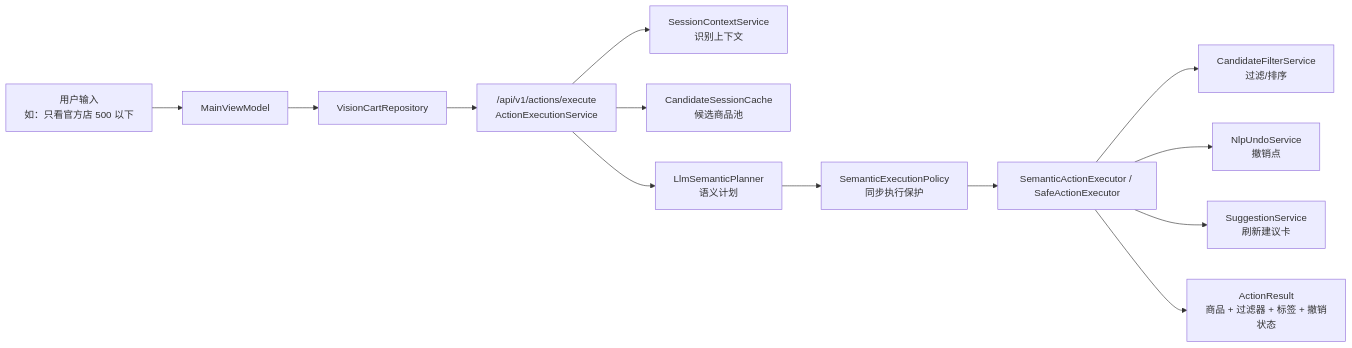
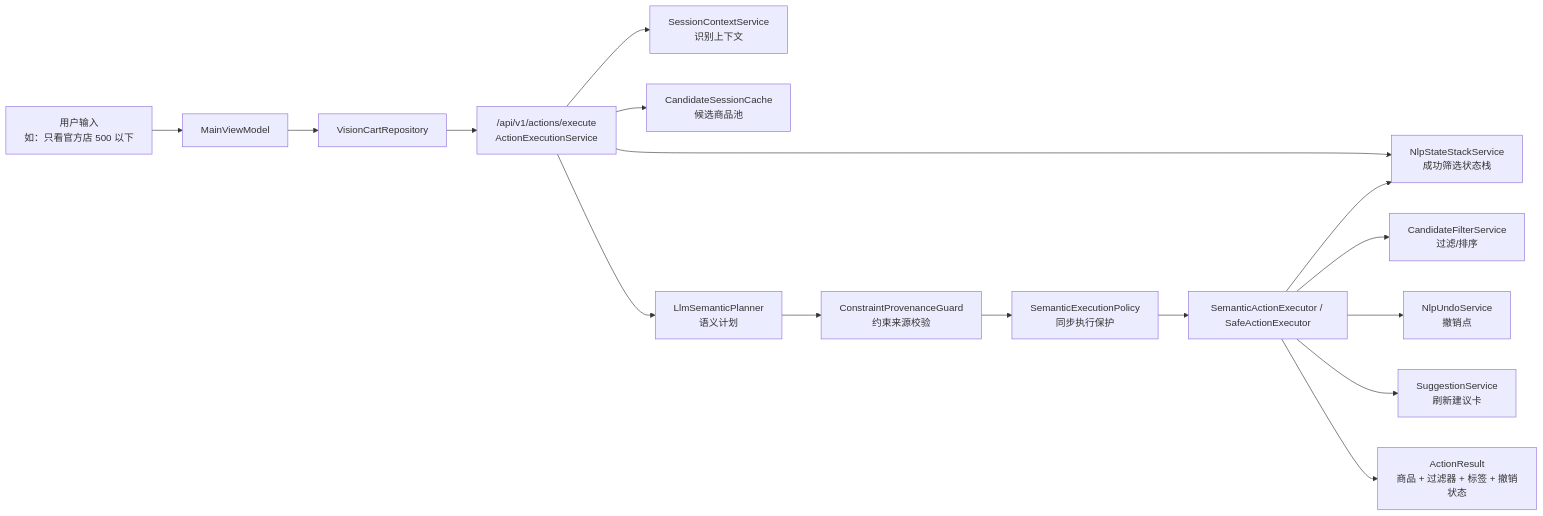
Before and after one commit to buwenjiayou/VisionCart: the seventh of 12 diagrams in docs/architecture-design.md, drawn with Mermaid. The commit also changed other lines of this file and 69 other files, not shown here.

````diff
--- a/docs/architecture-design.md
+++ b/docs/architecture-design.md
@@ -252,16 +271,19 @@
 ```mermaid
 flowchart LR
     Input["用户输入<br/>如：只看官方店 500 以下"] --> VM["MainViewModel"]
     VM --> Repo["VisionCartRepository"]
     Repo --> Action["/api/v1/actions/execute<br/>ActionExecutionService"]
 
     Action --> Context["SessionContextService<br/>识别上下文"]
     Action --> Pool["CandidateSessionCache<br/>候选商品池"]
+    Action --> State["NlpStateStackService<br/>成功筛选状态栈"]
     Action --> Planner["LlmSemanticPlanner<br/>语义计划"]
-    Planner --> Policy["SemanticExecutionPolicy<br/>同步执行保护"]
+    Planner --> Provenance["ConstraintProvenanceGuard<br/>约束来源校验"]
+    Provenance --> Policy["SemanticExecutionPolicy<br/>同步执行保护"]
     Policy --> Executor["SemanticActionExecutor / SafeActionExecutor"]
     Executor --> Filter["CandidateFilterService<br/>过滤/排序"]
     Executor --> Undo["NlpUndoService<br/>撤销点"]
+    Executor --> State
     Executor --> Suggest["SuggestionService<br/>刷新建议卡"]
     Executor --> Result["ActionResult<br/>商品 + 过滤器 + 标签 + 撤销状态"]
 ```
````
